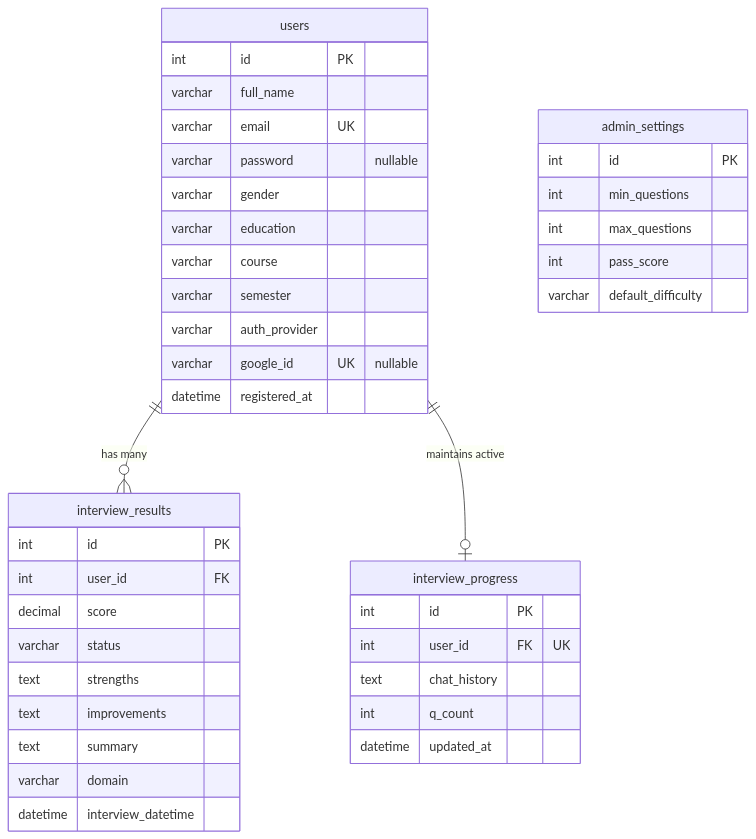
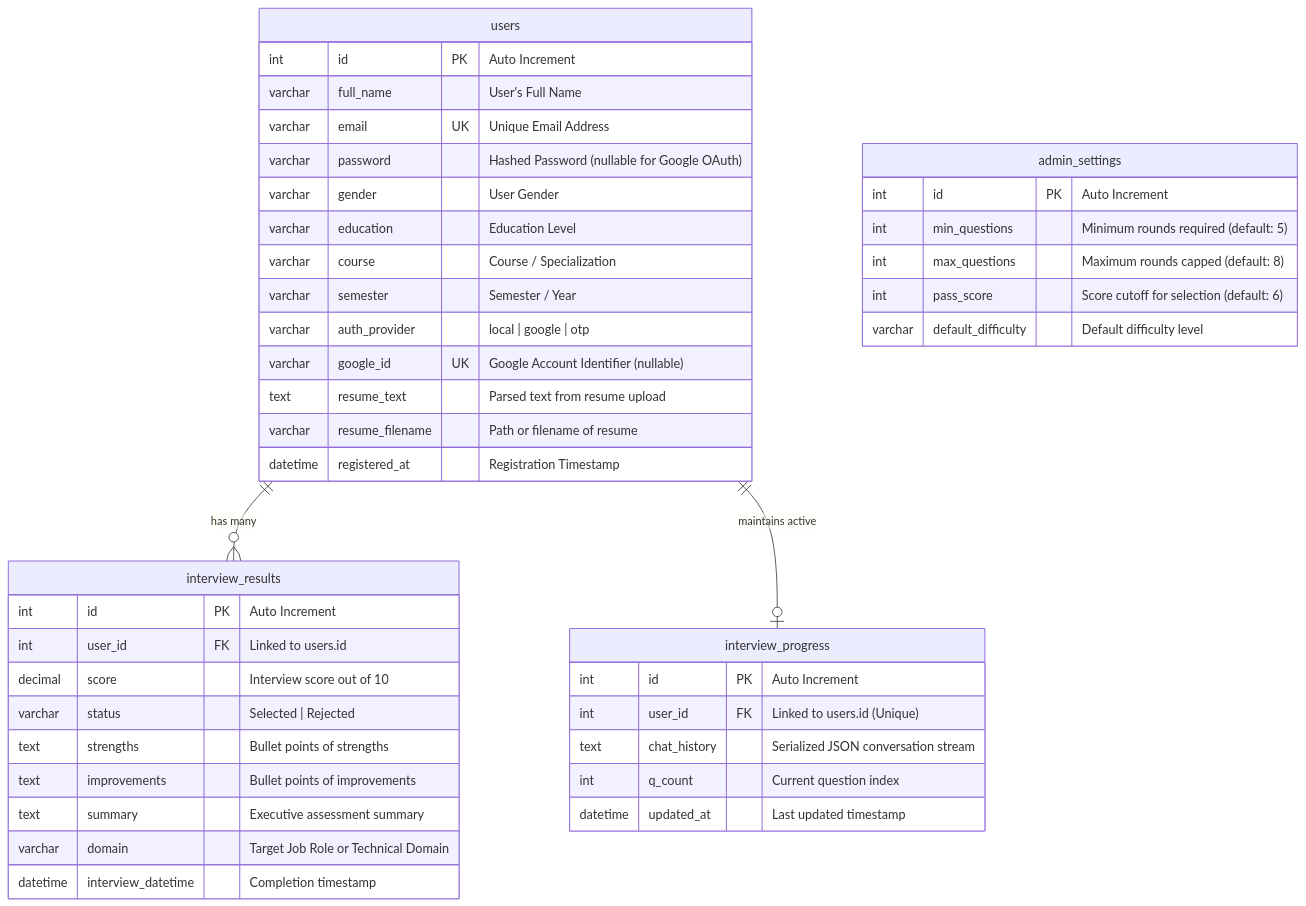
Before and after one commit to MR360-TECH/AI_INTERVIEW_PLATFORM: the diagram in README.md, drawn with Mermaid. The commit also changed other lines of this file, not shown here.

````diff
--- a/README.md
+++ b/README.md
@@ -130,47 +60,49 @@
 ```mermaid
 erDiagram
     users ||--o{ interview_results : "has many"
     users ||--o| interview_progress : "maintains active"
 
     users {
-        int id PK
-        varchar full_name
-        varchar email UK
-        varchar password "nullable"
-        varchar gender
-        varchar education
-        varchar course
-        varchar semester
-        varchar auth_provider
-        varchar google_id UK "nullable"
-        datetime registered_at
+        int id PK "Auto Increment"
+        varchar full_name "User's Full Name"
+        varchar email UK "Unique Email Address"
+        varchar password "Hashed Password (nullable for Google OAuth)"
+        varchar gender "User Gender"
+        varchar education "Education Level"
+        varchar course "Course / Specialization"
+        varchar semester "Semester / Year"
+        varchar auth_provider "local | google | otp"
+        varchar google_id UK "Google Account Identifier (nullable)"
+        text resume_text "Parsed text from resume upload"
+        varchar resume_filename "Path or filename of resume"
+        datetime registered_at "Registration Timestamp"
     }
 
     interview_results {
-        int id PK
-        int user_id FK
-        decimal score
-        varchar status
-        text strengths
-        text improvements
-        text summary
-        varchar domain
-        datetime interview_datetime
+        int id PK "Auto Increment"
+        int user_id FK "Linked to users.id"
+        decimal score "Interview score out of 10"
+        varchar status "Selected | Rejected"
+        text strengths "Bullet points of strengths"
+        text improvements "Bullet points of improvements"
+        text summary "Executive assessment summary"
+        varchar domain "Target Job Role or Technical Domain"
+        datetime interview_datetime "Completion timestamp"
     }
 
     interview_progress {
-        int id PK
-        int user_id FK "UK"
-        text chat_history
-        int q_count
-        datetime updated_at
+        int id PK "Auto Increment"
+        int user_id FK "Linked to users.id (Unique)"
+        text chat_history "Serialized JSON conversation stream"
+        int q_count "Current question index"
+        datetime updated_at "Last updated timestamp"
     }
 
     admin_settings {
-        int id PK
-        int min_questions
-        int max_questions
-        int pass_score
-        varchar default_difficulty
+        int id PK "Auto Increment"
+        int min_questions "Minimum rounds required (default: 5)"
+        int max_questions "Maximum rounds capped (default: 8)"
+        int pass_score "Score cutoff for selection (default: 6)"
+        varchar default_difficulty "Default difficulty level"
     }
 ```
````
